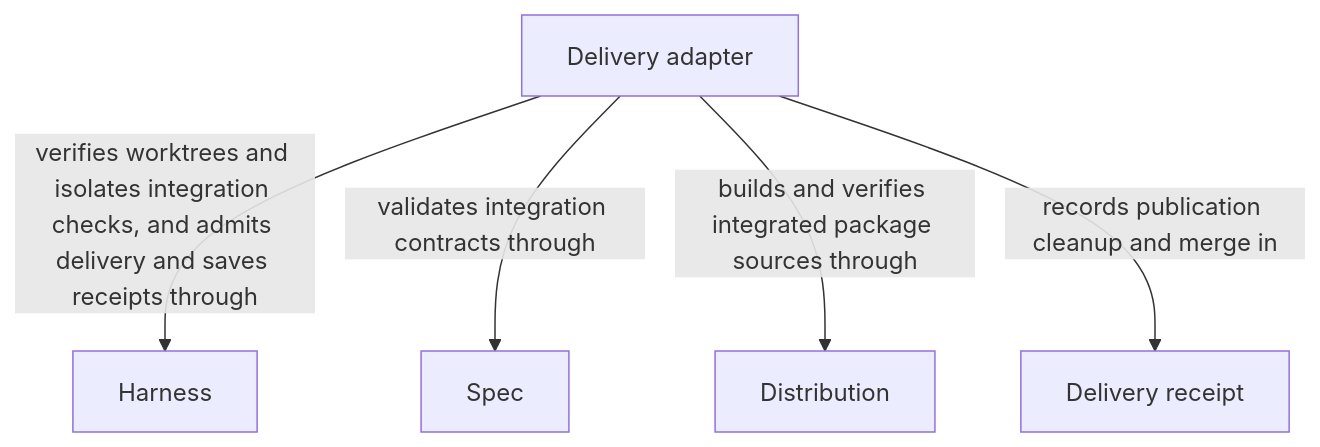
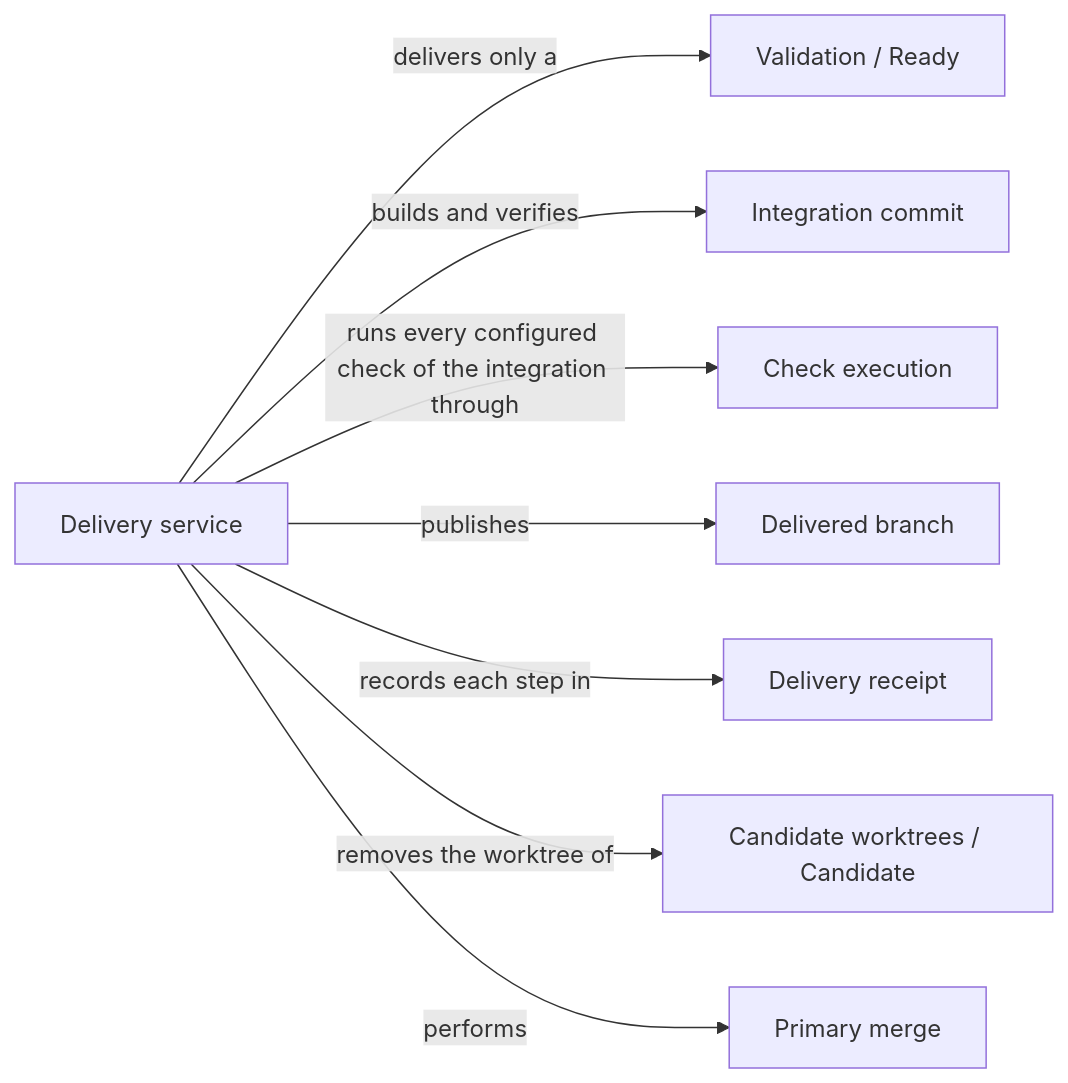
One commit to FTOD/concorde changed the diagram in specs/concorde/delivery/module.md. Above: the diagram before and after it, drawn with Mermaid. The commit also changed other lines of this file and 370 other files, not shown here.

First line of the commit message:
Rewrite Concorde's Specs and Spec tooling for Protocol 11

````diff
--- a/specs/concorde/delivery/module.md
+++ b/specs/concorde/delivery/module.md
@@ -68,14 +114,12 @@
 ```mermaid
-flowchart TB
-    accTitle: Delivery entities and dependencies
-    accDescr: Delivery admits participating sessions, verifies worktrees and integration checks, validates integrated contracts and builds Concorde package sources before recording publication cleanup and merge receipts.
-    e0["Delivery adapter"]
-    e2["Harness"]
-    e3["Spec"]
-    e4["Distribution"]
-    e0 -->|verifies worktrees and isolates integration checks, and admits delivery and saves receipts through| e2
-    e0 -->|validates integration contracts through| e3
-    e0 -->|builds and verifies integrated package sources through| e4
-    domain_receipt["Delivery receipt"]
-    e0 -->|records publication cleanup and merge in| domain_receipt
+flowchart LR
+    accTitle: Delivery collaboration
+    accDescr: The delivery service checks readiness, verifies the integration commit, publishes the delivered branch and records each step in the receipt.
+    Service[Delivery service] -->|delivers only a| Ready[Validation / Ready]
+    Service -->|builds and verifies| Commit[Integration commit]
+    Service -->|runs every configured check of the integration through| Checks[Check execution]
+    Service -->|publishes| Branch[Delivered branch]
+    Service -->|records each step in| Receipt[Delivery receipt]
+    Service -->|removes the worktree of| Cand[Candidate worktrees / Candidate]
+    Service -->|performs| Merge[Primary merge]
 ```
````
